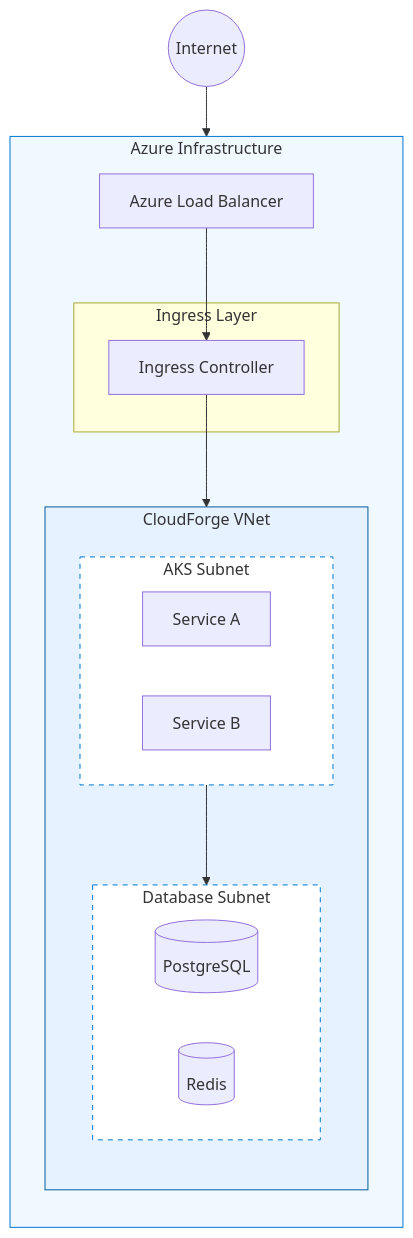
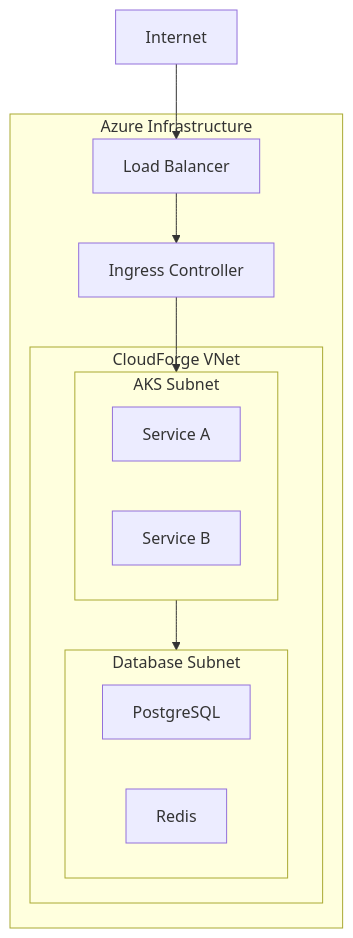
One commit to vedantchimote/Cloudforge changed the diagram in docs/infrastructure/networking.md. Above: the diagram before and after it, drawn with Mermaid. The commit also changed 6 other files, not shown here.

Commit message:
fix: simplify Mermaid diagrams for Mintlify compatibility

````diff
--- a/docs/infrastructure/networking.md
+++ b/docs/infrastructure/networking.md
@@ -15,40 +15,26 @@
 ```mermaid
 graph TB
-    Internet((Internet))
+    Internet["Internet"]
     
-    subgraph Azure_Infrastructure [Azure Infrastructure]
-        direction TB
+    subgraph Azure["Azure Infrastructure"]
+        LB["Load Balancer"]
+        IC["Ingress Controller"]
         
-        LB[Azure Load Balancer]
-        
-        subgraph Ingress_Layer [Ingress Layer]
-            IC[Ingress Controller]
-        end
-        
-        subgraph VNet [CloudForge VNet]
-            direction TB
-            
-            subgraph AKS_Subnet [AKS Subnet]
-                direction LR
-                S1[Service A]
-                S2[Service B]
+        subgraph VNet["CloudForge VNet"]
+            subgraph AKS["AKS Subnet"]
+                S1["Service A"]
+                S2["Service B"]
             end
             
-            subgraph DB_Subnet [Database Subnet]
-                direction LR
-                PG[(PostgreSQL)]
-                RD[(Redis)]
+            subgraph DB["Database Subnet"]
+                PG["PostgreSQL"]
+                RD["Redis"]
             end
         end
     end
     
     Internet --> LB
     LB --> IC
-    IC --> AKS_Subnet
-    AKS_Subnet --> DB_Subnet
-    
-    style Azure_Infrastructure fill:#f0f9ff,stroke:#0078d4
-    style VNet fill:#e6f2ff,stroke:#005a9e
-    style AKS_Subnet fill:#ffffff,stroke:#0078d4,stroke-dasharray: 5 5
-    style DB_Subnet fill:#ffffff,stroke:#0078d4,stroke-dasharray: 5 5
+    IC --> AKS
+    AKS --> DB
 ```
````
